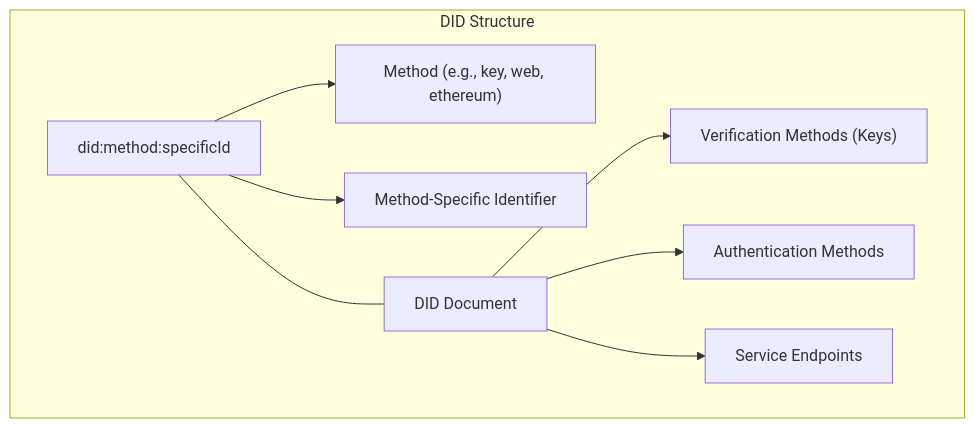
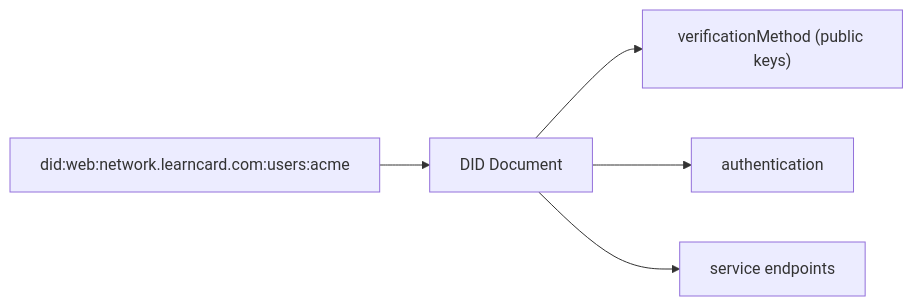
One commit to learningeconomy/LearnCard changed the diagram in docs/core-concepts/identities-and-keys/decentralized-identifiers-dids.md. Above: the diagram before and after it, drawn with Mermaid. The commit also changed other lines of this file and 20 other files, not shown here.

````diff
--- a/docs/core-concepts/identities-and-keys/decentralized-identifiers-dids.md
+++ b/docs/core-concepts/identities-and-keys/decentralized-identifiers-dids.md
@@ -13,12 +18,7 @@
-```mermaid fullWidth="true"
-graph TD
-    subgraph "DID Structure"
-        DID["did:method:specificId"]
-        DID --> Method["Method (e.g., key, web, ethereum)"]
-        DID --> Identifier["Method-Specific Identifier"]
-        DID --- Document["DID Document"]
-        Document --> VerificationMethods["Verification Methods (Keys)"]
-        Document --> Authentication["Authentication Methods"]
-        Document --> Services["Service Endpoints"]
-    end
+```mermaid
+graph LR
+    DID["did:web:network.learncard.com:users:acme"] --> Doc["DID Document"]
+    Doc --> Keys["verificationMethod (public keys)"]
+    Doc --> Auth["authentication"]
+    Doc --> Svc["service endpoints"]
 ```
````
